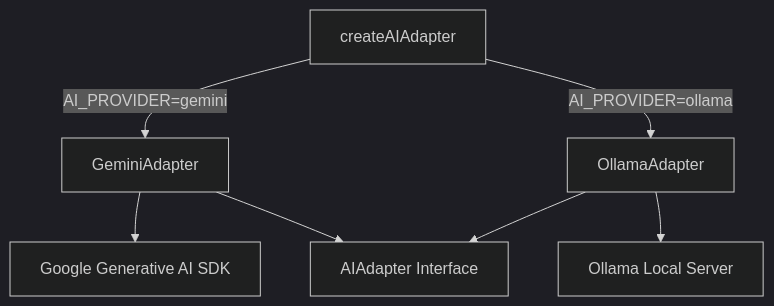
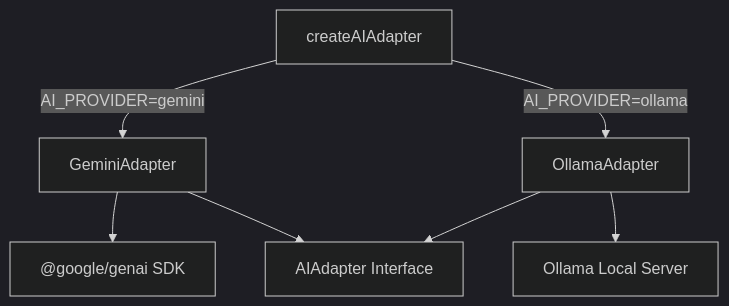
The first of 3 diagrams in docs/domain-knowledge/gemini-adapter.md (hinora/data-analysis), drawn with Mermaid (dark theme) before and after one commit. The commit also changed other lines of this file and 6 other files, not shown here.

````diff
--- a/docs/domain-knowledge/gemini-adapter.md
+++ b/docs/domain-knowledge/gemini-adapter.md
@@ -17,9 +19,9 @@
 ```mermaid
 graph TD
     A[createAIAdapter] -->|AI_PROVIDER=gemini| B[GeminiAdapter]
     A -->|AI_PROVIDER=ollama| C[OllamaAdapter]
-    B --> D[Google Generative AI SDK]
+    B --> D["@google/genai SDK"]
     C --> E[Ollama Local Server]
     B --> F[AIAdapter Interface]
     C --> F
 ```
````
